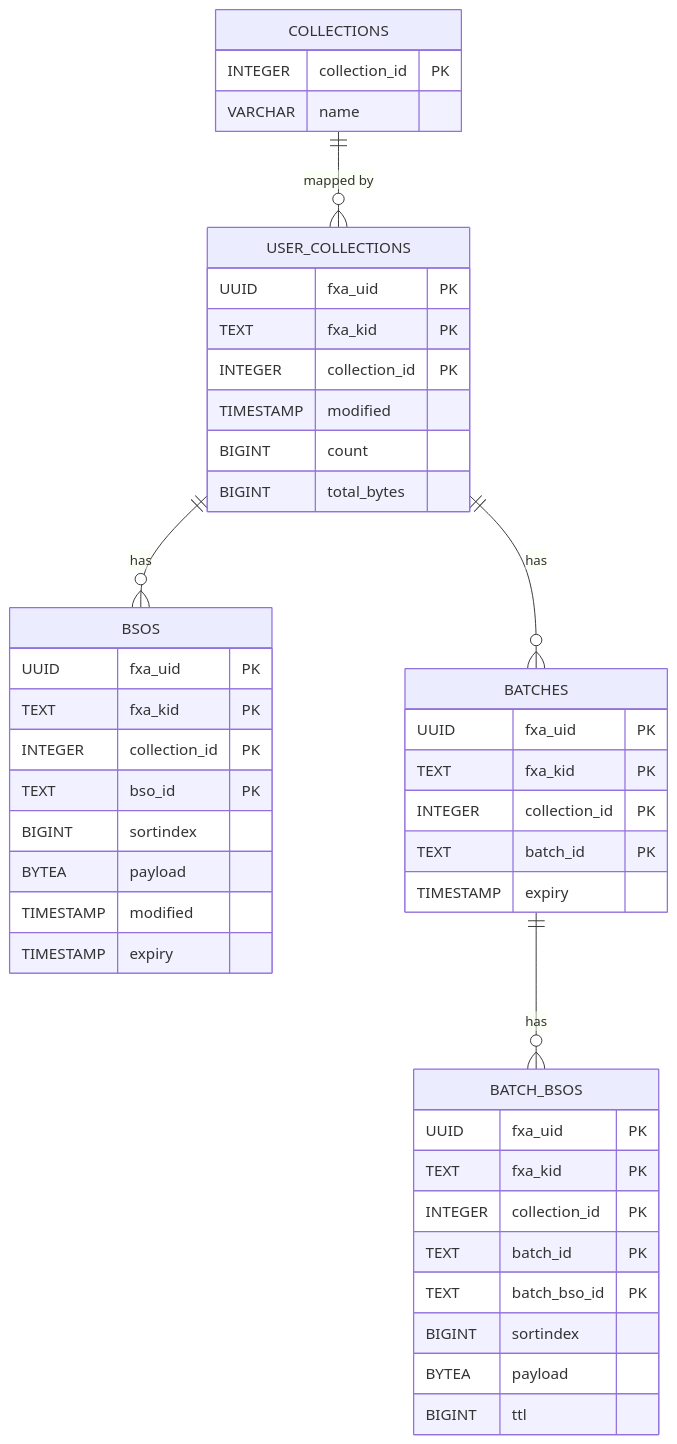
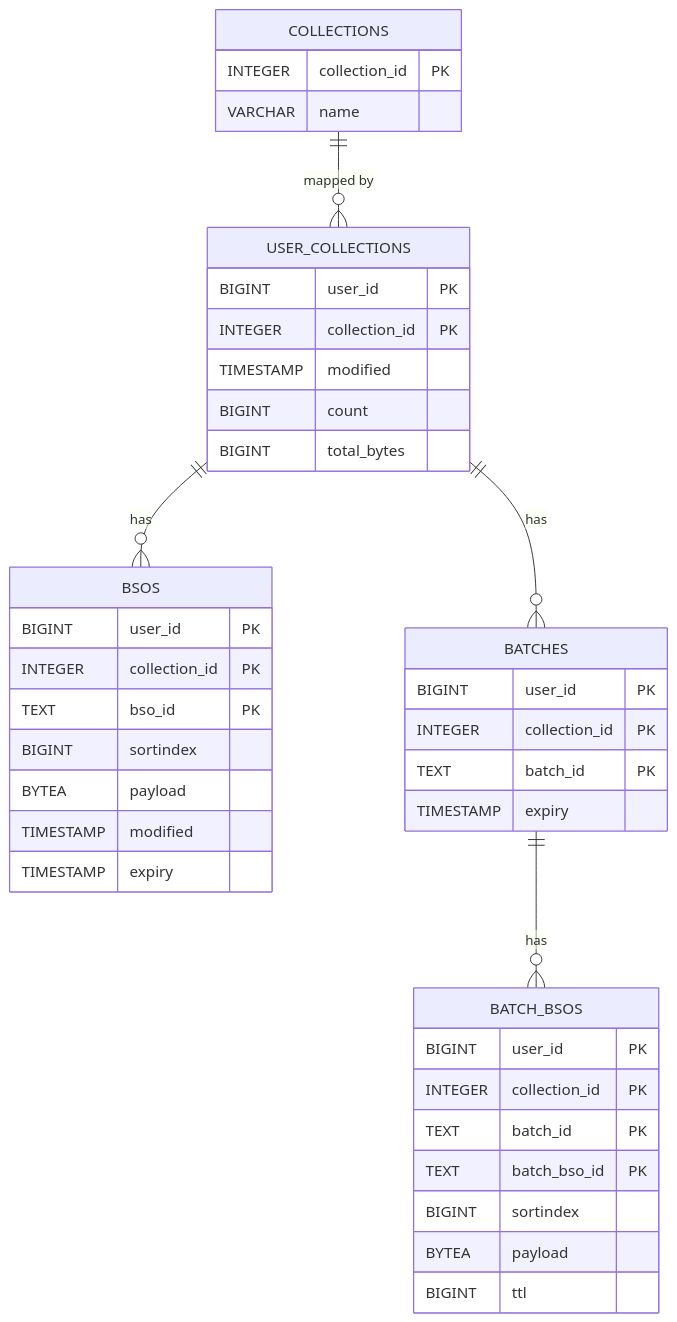
Before and after one commit to mozilla-services/syncstorage-rs: the diagram in syncstorage-postgres/syncstorage_postgres_db.md, drawn with Mermaid. The commit also changed other lines of this file and 3 other files, not shown here.

````diff
--- a/syncstorage-postgres/syncstorage_postgres_db.md
+++ b/syncstorage-postgres/syncstorage_postgres_db.md
@@ -90,51 +87,47 @@
 ```mermaid
 erDiagram
     USER_COLLECTIONS {
-        UUID fxa_uid PK
-        TEXT fxa_kid PK
+        BIGINT user_id PK
         INTEGER collection_id PK
         TIMESTAMP modified
         BIGINT count
         BIGINT total_bytes
     }
 
     COLLECTIONS {
         INTEGER collection_id PK
         VARCHAR name
     }
 
     BSOS {
-        UUID fxa_uid PK
-        TEXT fxa_kid PK
+        BIGINT user_id PK
         INTEGER collection_id PK
         TEXT bso_id PK
         BIGINT sortindex
         BYTEA payload
         TIMESTAMP modified
         TIMESTAMP expiry
     }
 
     BATCHES {
-        UUID fxa_uid PK
-        TEXT fxa_kid PK
+        BIGINT user_id PK
         INTEGER collection_id PK
         TEXT batch_id PK
         TIMESTAMP expiry
     }
 
     BATCH_BSOS {
-        UUID fxa_uid PK
-        TEXT fxa_kid PK
+        BIGINT user_id PK
         INTEGER collection_id PK
         TEXT batch_id PK
         TEXT batch_bso_id PK
         BIGINT sortindex
         BYTEA payload
         BIGINT ttl
     }
 
     USER_COLLECTIONS ||--o{ BSOS : "has"
     USER_COLLECTIONS ||--o{ BATCHES : "has"
     BATCHES ||--o{ BATCH_BSOS : "has"
     COLLECTIONS ||--o{ USER_COLLECTIONS : "mapped by"
 ```
````
